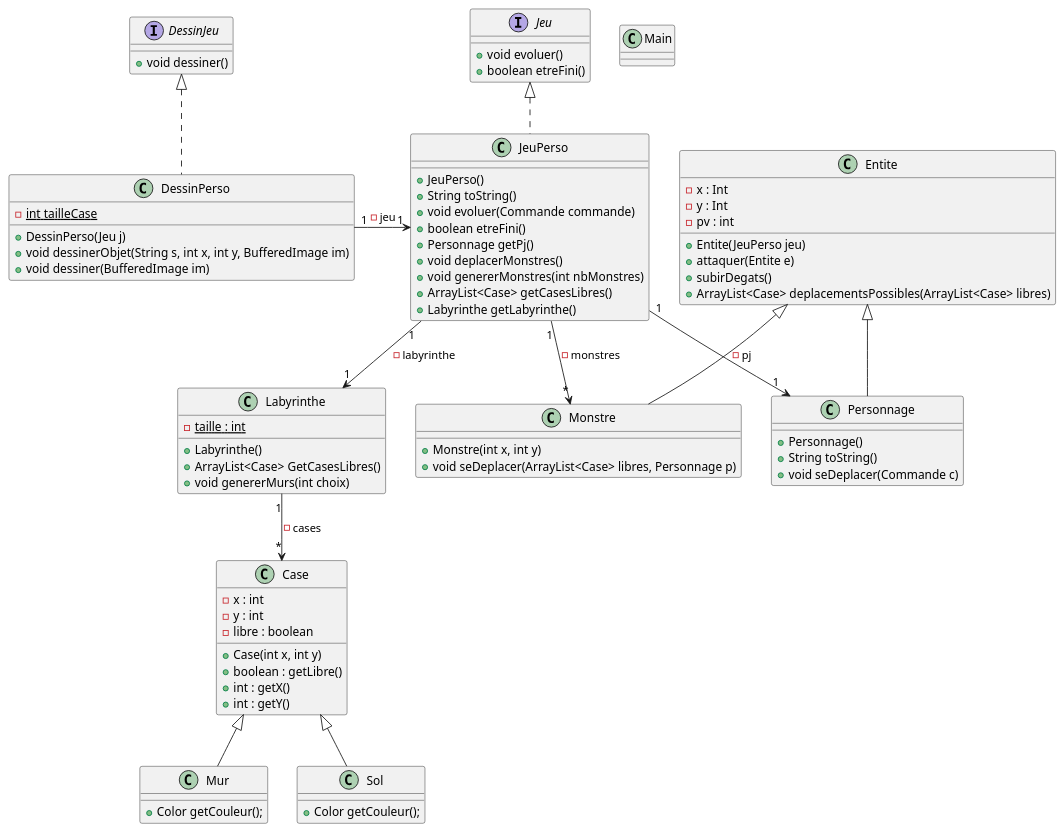
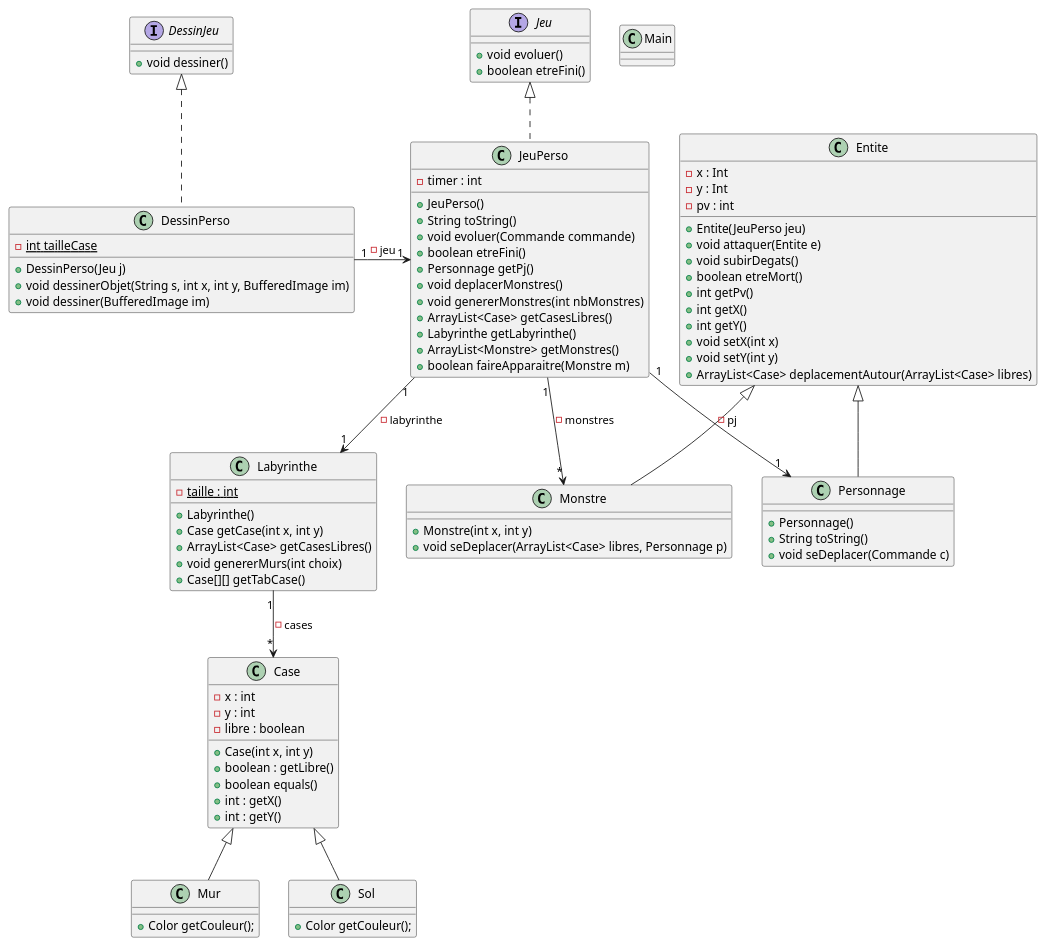
Before and after one commit to MichelGrolet/2d-game: the diagram in documents/version4/diagramme.puml, drawn with PlantUML.

Commit message:
diagramme

```diff
--- a/documents/version4/diagramme.puml
+++ b/documents/version4/diagramme.puml
@@ -1,84 +1,96 @@
 @startuml
 
 class Main {}
 
 class Labyrinthe {
     - {static} taille : int
     + Labyrinthe()
-    + ArrayList<Case> GetCasesLibres()
+    + Case getCase(int x, int y)
+    + ArrayList<Case> getCasesLibres()
     + void genererMurs(int choix)
+    + Case[][] getTabCase()
 }
 Labyrinthe "1" --> "*" Case : - cases
 
 class Case {
     - x : int
     - y : int
     - libre : boolean
     + Case(int x, int y)
     + boolean : getLibre()
+    + boolean equals()
     + int : getX()
     + int : getY()
 }
 
 class Mur extends Case {
     + Color getCouleur();
 }
 
 class Sol extends Case {
     + Color getCouleur();
 }
 
 class Entite {
     - x : Int
     - y : Int
     - pv : int
     + Entite(JeuPerso jeu)
-    + attaquer(Entite e)
-    + subirDegats()
-    + ArrayList<Case> deplacementsPossibles(ArrayList<Case> libres)
+    + void attaquer(Entite e)
+    + void subirDegats()
+    + boolean etreMort()
+    + int getPv()
+    + int getX()
+    + int getY()
+    + void setX(int x)
+    + void setY(int y)
+    + ArrayList<Case> deplacementAutour(ArrayList<Case> libres)
 }
 
 class Personnage extends Entite {
     + Personnage()
     + String toString()
     + void seDeplacer(Commande c)
 }
 
 class Monstre extends Entite {
     + Monstre(int x, int y)
     + void seDeplacer(ArrayList<Case> libres, Personnage p)
 }
 
 interface Jeu {
     + void evoluer()
     + boolean etreFini()
 }
 
 interface DessinJeu {
     + void dessiner()
 }
 
 class JeuPerso implements Jeu {
+    - timer : int
     + JeuPerso()
     + String toString()
     + void evoluer(Commande commande)
     + boolean etreFini()
     + Personnage getPj()
     + void deplacerMonstres()
     + void genererMonstres(int nbMonstres)
     + ArrayList<Case> getCasesLibres()
     + Labyrinthe getLabyrinthe()
+    + ArrayList<Monstre> getMonstres()
+    + boolean faireApparaitre(Monstre m)
 }
 JeuPerso "1" --> "1" Labyrinthe : - labyrinthe
 JeuPerso "1" --> "1" Personnage : - pj
 JeuPerso "1" --> "*" Monstre : - monstres
 
 class DessinPerso implements DessinJeu {
     - {static} int tailleCase
     + DessinPerso(Jeu j)
     + void dessinerObjet(String s, int x, int y, BufferedImage im)
     + void dessiner(BufferedImage im)
 }
 DessinPerso "1" -> "1" JeuPerso : - jeu
 
 @enduml
```
